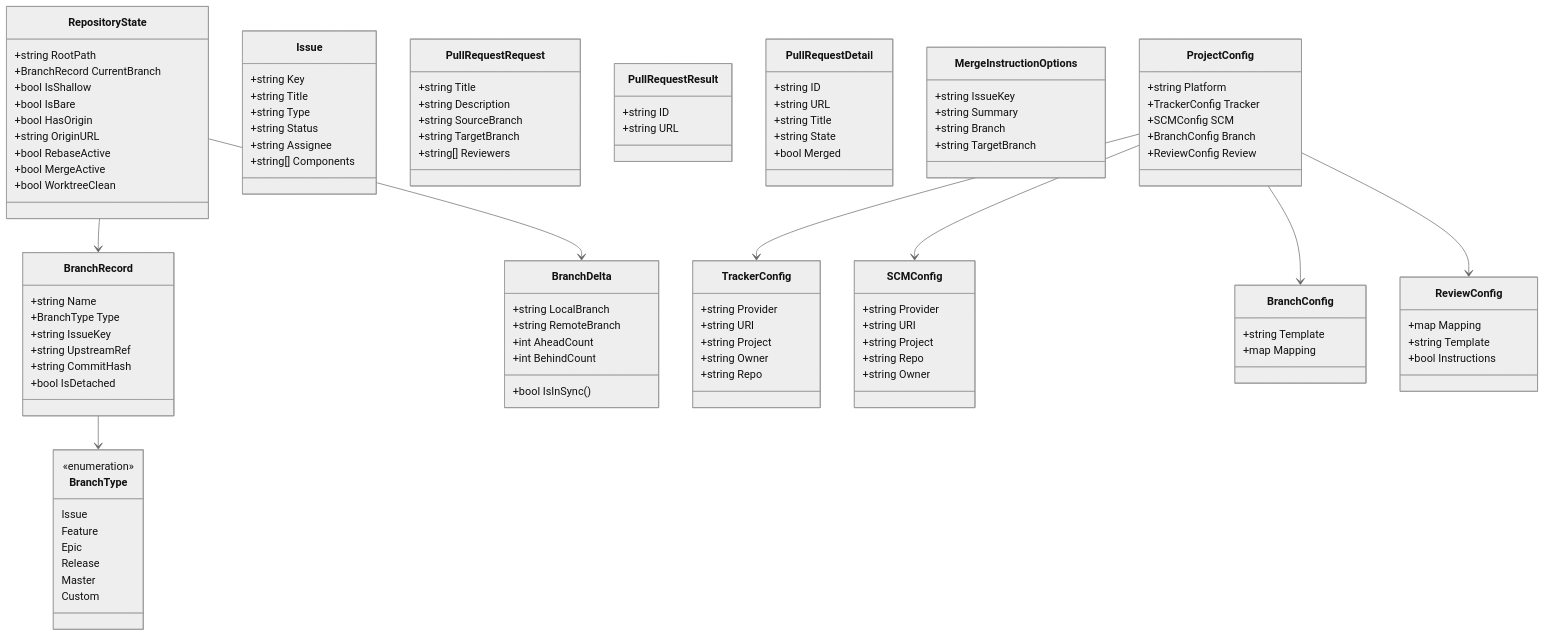
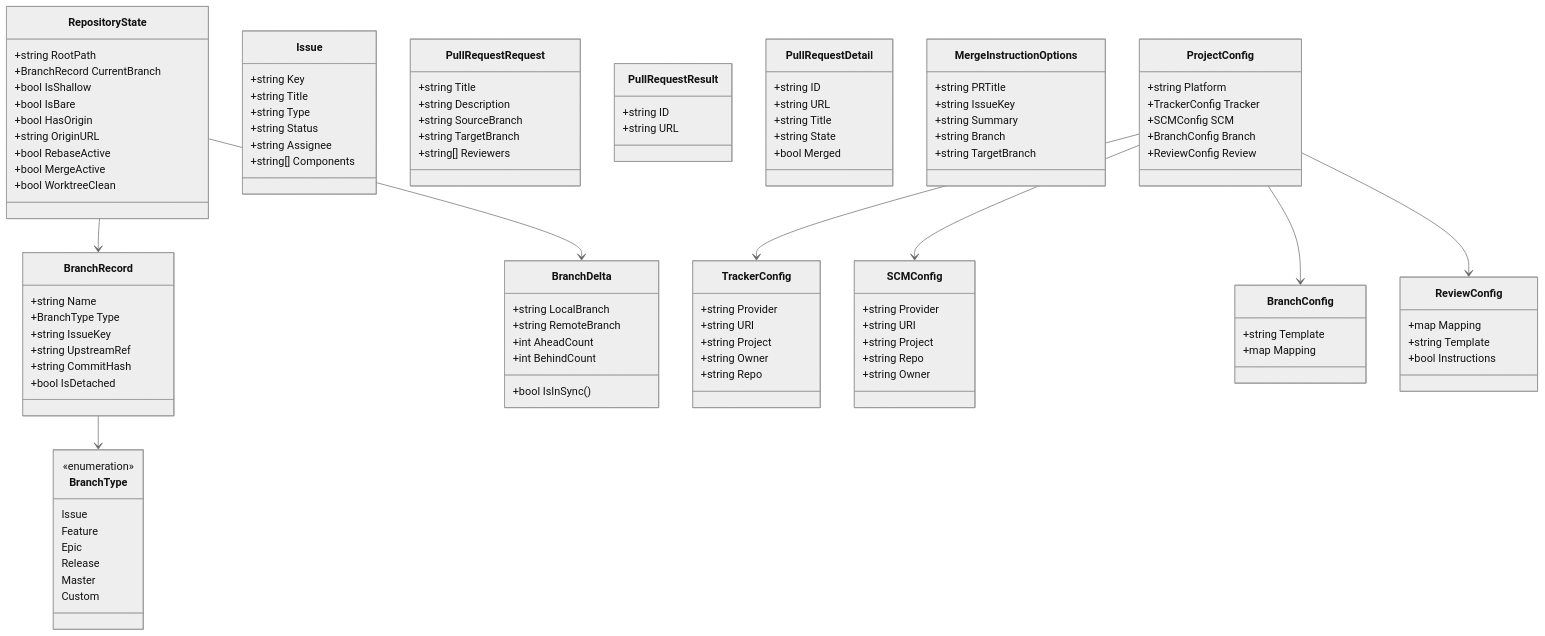
The diagram in docs/spec/global.md (bvarnai/git-brx), drawn with Mermaid (neutral theme) before and after one commit. The commit also changed 7 other files, not shown here.

```diff
--- a/docs/spec/global.md
+++ b/docs/spec/global.md
@@ -256,6 +256,7 @@
     }
 
     class MergeInstructionOptions {
+        +string PRTitle
         +string IssueKey
         +string Summary
         +string Branch
```
